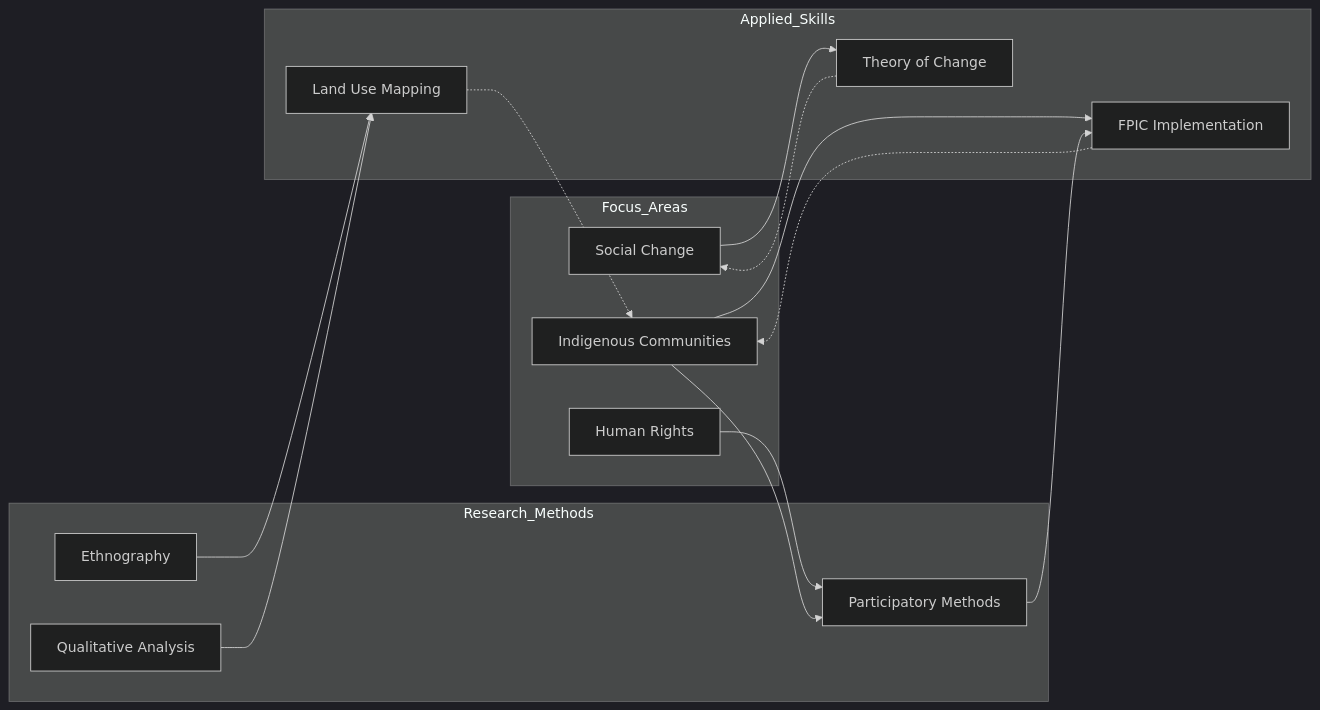
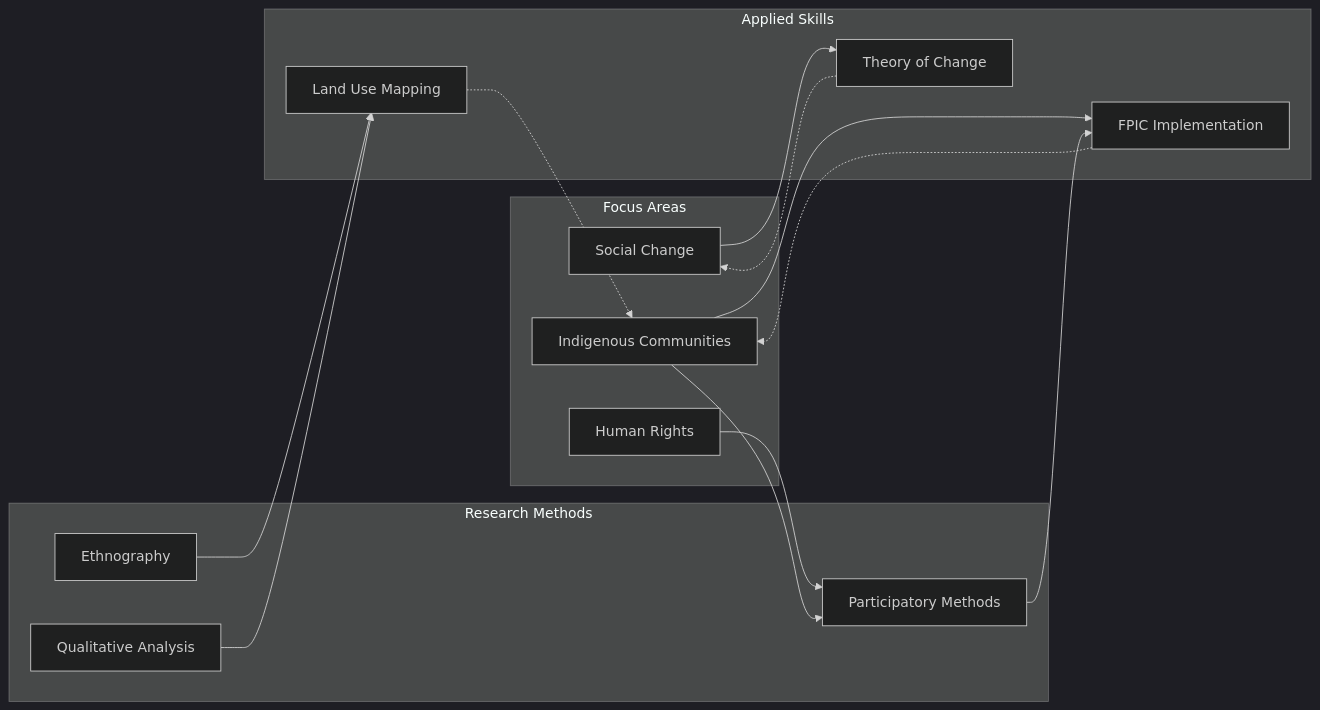
One commit to aahincapie/aahincapie.github.io changed the second of 2 diagrams in pages/about.md. Above: the diagram before and after it, drawn with Mermaid (dark theme). The commit also changed other lines of this file, not shown here.

Commit message:
new mermaid

```diff
--- a/pages/about.md
+++ b/pages/about.md
@@ -132,31 +131,31 @@
 <pre class="mermaid">
 graph LR
-    subgraph Research_Methods
+    subgraph Research Methods
     D[Ethnography]:::methods
     E[Qualitative Analysis]:::methods
     F[Participatory Methods]:::methods
     end
 
-    subgraph Focus_Areas
+    subgraph Focus Areas
     G[Human Rights]:::focus
     H[Indigenous Communities]:::focus
     I[Social Change]:::focus
     end
 
-    subgraph Applied_Skills
+    subgraph Applied Skills
     J[Land Use Mapping]:::applied
     K[FPIC Implementation]:::applied
     L[Theory of Change]:::applied
     end
 
     D & E --> J
     H --> K
     G & H --> F
     F --> K
     I --> L
     
     %% Interconnections
     K -.-> H
     J -.-> H
     L -.-> I
 </pre>
```
